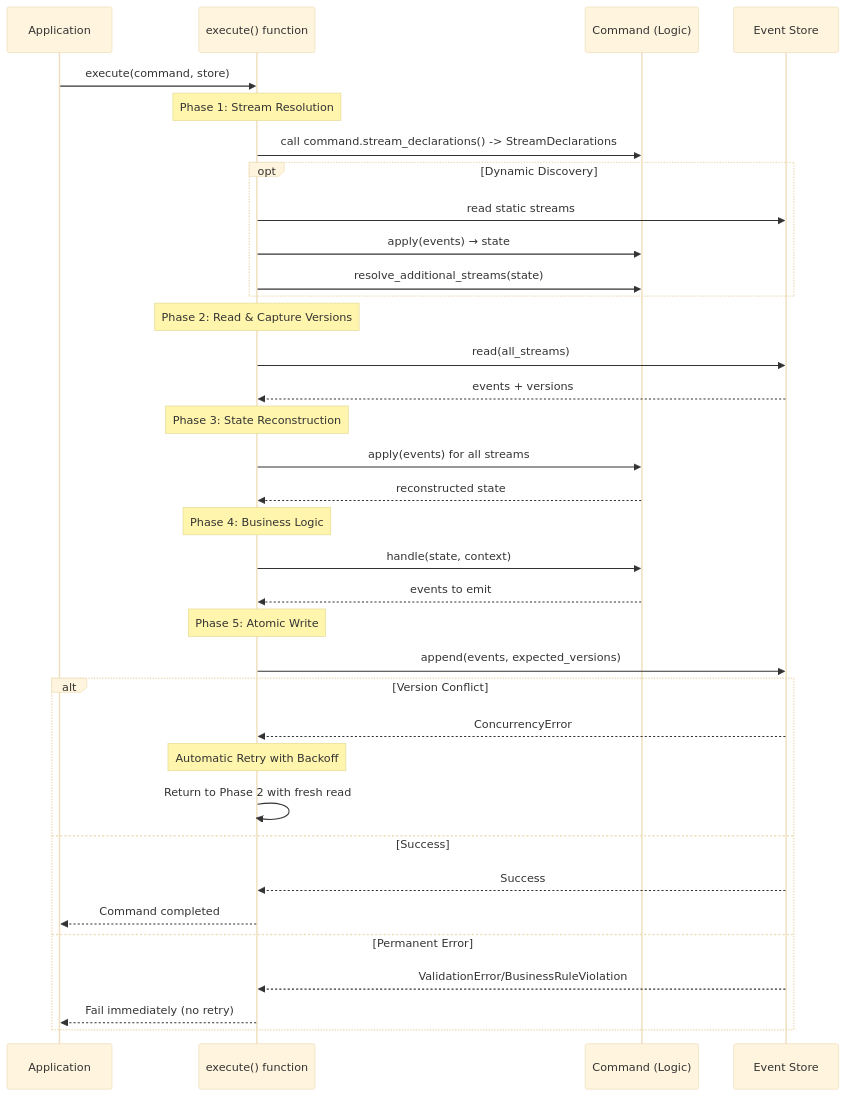
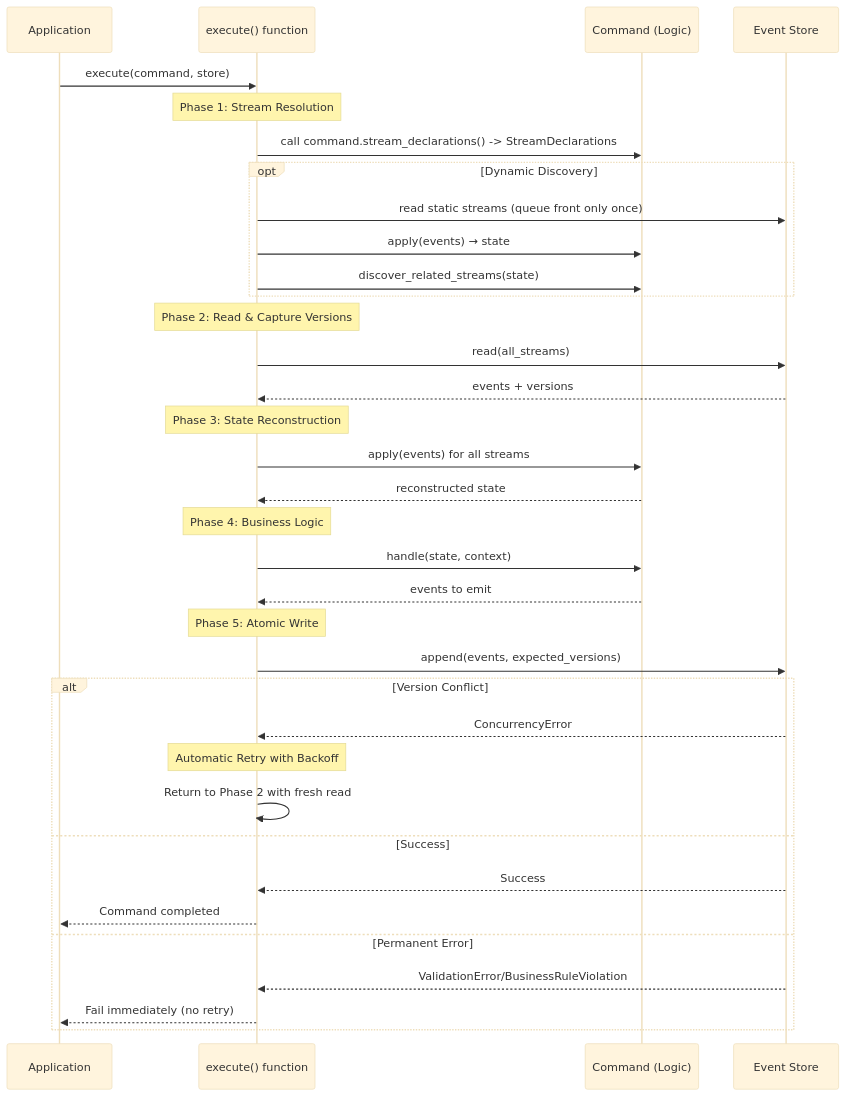
The second of 2 diagrams in docs/ARCHITECTURE.md (jwilger/eventcore), drawn with Mermaid (base theme) before and after one commit. The commit also changed other lines of this file and 8 other files, not shown here.

````diff
--- a/docs/ARCHITECTURE.md
+++ b/docs/ARCHITECTURE.md
@@ -296,44 +296,44 @@
 ```mermaid
 sequenceDiagram
     participant App as Application
     participant ExecFn as execute() function
     participant Cmd as Command (Logic)
     participant Store as Event Store
 
     App->>ExecFn: execute(command, store)
 
     Note over ExecFn: Phase 1: Stream Resolution
     ExecFn->>Cmd: call command.stream_declarations() -> StreamDeclarations
     opt Dynamic Discovery
-        ExecFn->>Store: read static streams
+        ExecFn->>Store: read static streams (queue front only once)
         ExecFn->>Cmd: apply(events) → state
-        ExecFn->>Cmd: resolve_additional_streams(state)
+        ExecFn->>Cmd: discover_related_streams(state)
     end
 
     Note over ExecFn: Phase 2: Read & Capture Versions
     ExecFn->>Store: read(all_streams)
     Store-->>ExecFn: events + versions
 
     Note over ExecFn: Phase 3: State Reconstruction
     ExecFn->>Cmd: apply(events) for all streams
     Cmd-->>ExecFn: reconstructed state
 
     Note over ExecFn: Phase 4: Business Logic
     ExecFn->>Cmd: handle(state, context)
     Cmd-->>ExecFn: events to emit
 
     Note over ExecFn: Phase 5: Atomic Write
     ExecFn->>Store: append(events, expected_versions)
 
     alt Version Conflict
         Store-->>ExecFn: ConcurrencyError
         Note over ExecFn: Automatic Retry with Backoff
         ExecFn->>ExecFn: Return to Phase 2 with fresh read
     else Success
         Store-->>ExecFn: Success
         ExecFn-->>App: Command completed
     else Permanent Error
         Store-->>ExecFn: ValidationError/BusinessRuleViolation
         ExecFn-->>App: Fail immediately (no retry)
     end
 ```
````
